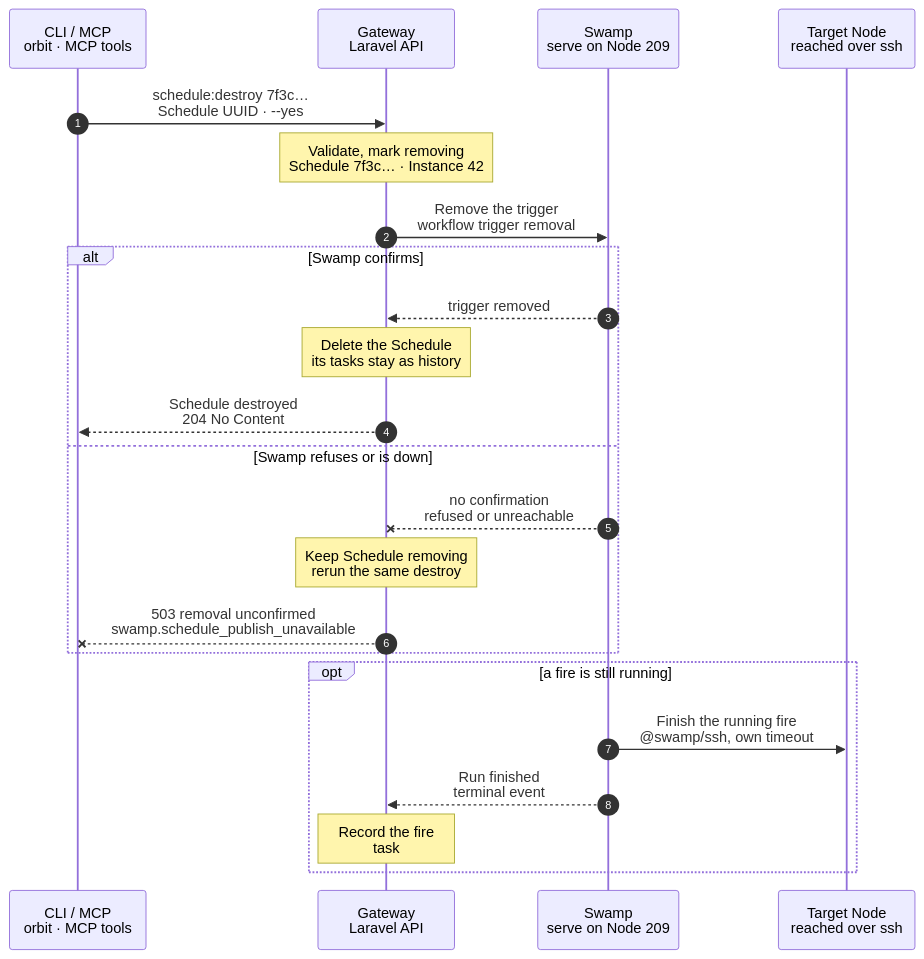
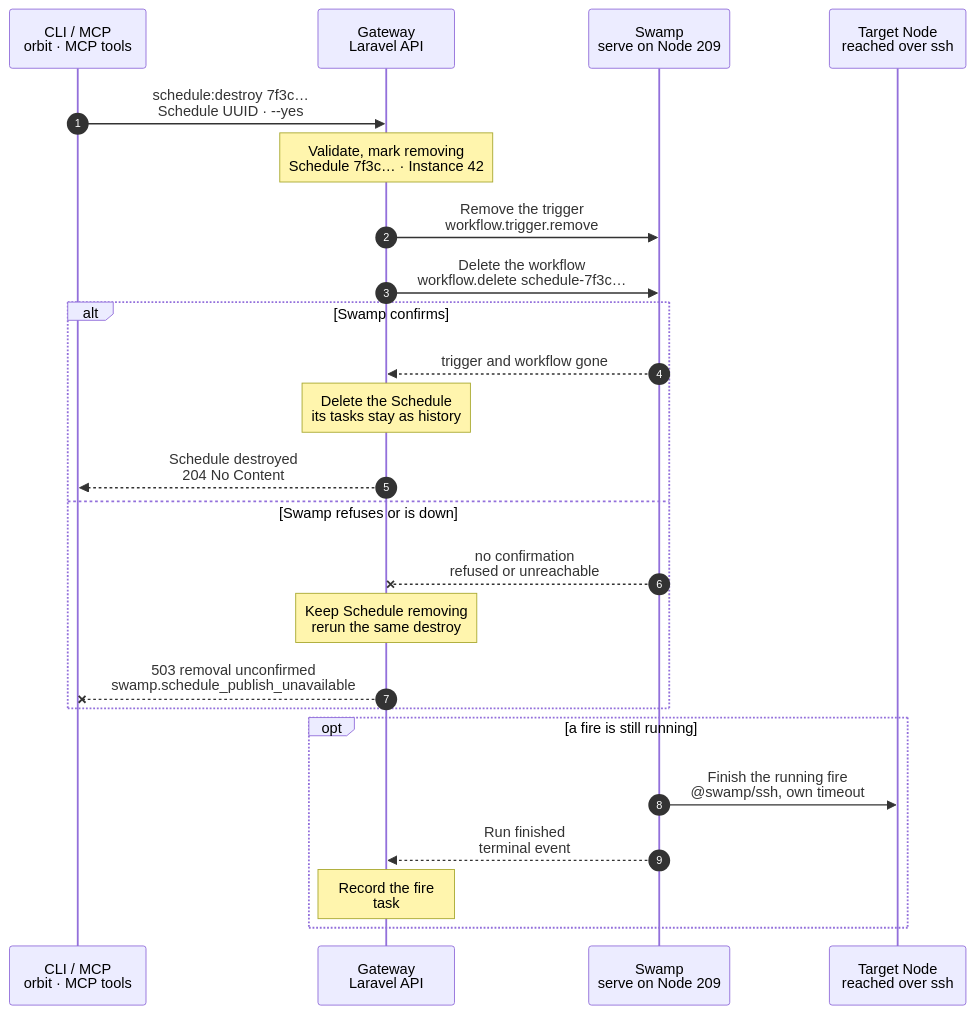
One commit to hardimpactdev/orbit changed the diagram in docs/flows/schedule.destroy.mmd. Above: the diagram before and after it, drawn with Mermaid. The commit also changed 4 other files, not shown here.

First line of the commit message:
docs(flows): Schedules as one Swamp workflow each (schedule-<id>), plus schedule:disable

```diff
--- a/docs/flows/schedule.destroy.mmd
+++ b/docs/flows/schedule.destroy.mmd
@@ -1,79 +1,82 @@
 sequenceDiagram
-  %% Target design: ADR 0244 native Swamp schedules, nothing installed on Nodes; DECISIONS Schedules (Nick 2026-11-02), R1-R3.
+  %% Target design: ADR 0244 native Swamp schedules, one Swamp workflow per Schedule (Nick 2026-11-02), nothing installed on Nodes; R1-R3.
   %% status: draft
   %% command: schedule:destroy
   autonumber
   %% lane CLI icon=terminal pill=caller tone=gray
   %% lane GW icon=gateway pill=intent tone=blue
   %% lane SW icon=workflow pill=executes tone=green
   %% lane N icon=server pill=target tone=amber
   participant CLI as CLI / MCP<br/>orbit · MCP tools
   participant GW as Gateway<br/>Laravel API
   participant SW as Swamp<br/>serve on Node 209
   participant N as Target Node<br/>reached over ssh
   CLI->>GW: schedule:destroy 7f3c…<br/>Schedule UUID · --yes
   %%> Command:
   %%> - `orbit schedule:destroy 7f3c9a2e-41d0-4b8a-9c11-2f6e0d5b7a10 --yes`
   %%> - syntax: `<schedule> [--project=ID] [--yes] [--idempotency-key=KEY] [--json]`
   %%> Input:
   %%> - the UUID of the Schedule, or a definition name with `--project`
   %%> Confirmation:
   %%> - without `--yes`, the CLI asks first; the default is No
   %%> - without a terminal, or with `--json`, `--yes` is required
   %%> With `--project`:
   %%> - only the Project Schedule definition is deleted (R1); Instance copies stay
   Note over GW: Validate, mark removing<br/>Schedule 7f3c… · Instance 42
   %%> Requirements:
   %%> - your Node has an access grant to Node 12, which runs Instance 42
   %%> - Schedule 7f3c… exists; a failed or disabled Schedule can be destroyed too
   %%> Result:
-  %%> - Schedule 7f3c… is marked removing; the trigger is removed next
+  %%> - Schedule 7f3c… is marked removing; its trigger and workflow are removed next
   %%> - there is no Node work, so no run starts (R1)
   %%> Not refused:
   %%> - a running fire no longer blocks destroy; `schedule.run_active` is gone
-  GW->>SW: Remove the trigger<br/>workflow trigger removal
+  GW->>SW: Remove the trigger<br/>workflow.trigger.remove
   %%> What it does:
-  %%> - removes the native Swamp schedule trigger from serve (Node 209)
-  %%> When:
-  %%> - skipped when the Schedule is disabled and has no trigger
+  %%> - removes the cron trigger of `schedule-7f3c…` from serve (Node 209); serve starts no new fire
+  %%> - removing a trigger that is gone is safe, so a disabled Schedule takes the same path
+  GW->>SW: Delete the workflow<br/>workflow.delete schedule-7f3c…
+  %%> What it does:
+  %%> - deletes the Schedule's own workflow from serve
+  %%> - a fire that already started keeps running from its own copy
   alt Swamp confirms
-    SW-->>GW: trigger removed
+    SW-->>GW: trigger and workflow gone
     %%> Returns:
-    %%> - the trigger is gone; serve starts no new fire
+    %%> - serve starts no new fire for Schedule 7f3c…
     Note over GW: Delete the Schedule<br/>its tasks stay as history
     %%> Result:
     %%> - Schedule 7f3c…'s record is deleted
     %%> - its tasks stay, so past fires remain visible
+    %%> - task #5141 is recorded as succeeded at once (R1)
     %%> Vault key:
-    %%> - the command's vault key is removed now, or after a running fire ends
+    %%> - the command's vault key stays until it is overwritten; it starts nothing
     GW-->>CLI: Schedule destroyed<br/>204 No Content
     %%> What you get:
     %%> - the result at once; there is nothing to follow
   else Swamp refuses or is down
     SW--xGW: no confirmation<br/>refused or unreachable
     %%> When:
     %%> - serve on 209 does not answer
     Note over GW: Keep Schedule removing<br/>rerun the same destroy
     %%> Result:
     %%> - Schedule 7f3c… stays recorded, marked removing
-    %%> - the trigger may still be set; a fire it starts still runs and is recorded as a task
+    %%> - the trigger or the workflow may still be set; a fire it starts still runs and is recorded as a task
     %%> Retry:
-    %%> - run the same command again; removing a trigger that is gone is safe
+    %%> - run the same command again; removing a trigger or workflow that is gone is safe
     GW--xCLI: 503 removal unconfirmed<br/>swamp.schedule_publish_unavailable
     %%> Returns:
     %%> - the error code; the Schedule stays removing
   end
   opt a fire is still running
     SW->>N: Finish the running fire<br/>@swamp/ssh, own timeout
     %%> What it does:
     %%> - the fire that already started runs to its end, within the Schedule's timeout
     %%> Why:
     %%> - stopping a command halfway can leave the application in a worse state
     SW-->>GW: Run finished<br/>terminal event
     %%> How the Gateway learns it:
     %%> - its shared run reader sees the terminal event; Swamp never calls the Gateway
-    Note over GW: Record the fire<br/>task #5141 · trigger: schedule
+    Note over GW: Record the fire<br/>task #5139 · trigger: schedule
     %%> Result:
-    %%> - the fire's task records its result, although the Schedule is gone
-    %%> - then the command's vault key is removed
+    %%> - the fire's task, recorded when it started, gets its result, although the Schedule is gone
   end
```
